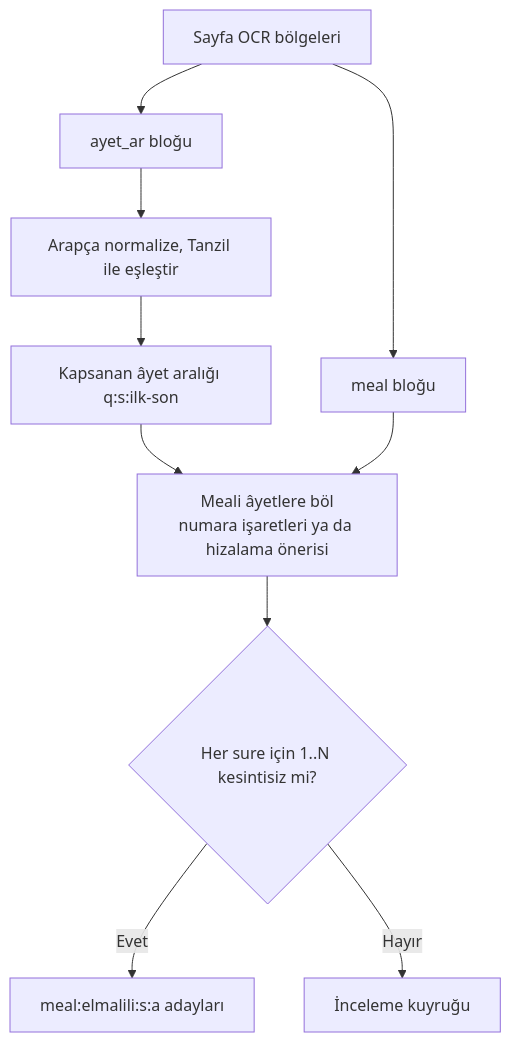
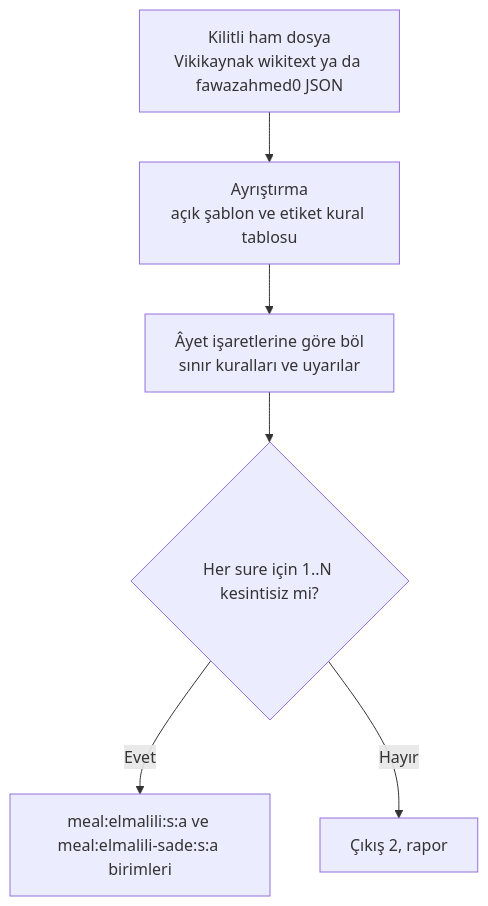
The diagram in docs/04-icerik/03-elmalili-hazirligi.md (karasaid379-hue/mutalaa), drawn with Mermaid before and after one commit. The commit also changed other lines of this file and 29 other files, not shown here.

First line of the commit message:
docs(docs): align the plan, content and architecture docs with K-49

````diff
--- a/docs/04-icerik/03-elmalili-hazirligi.md
+++ b/docs/04-icerik/03-elmalili-hazirligi.md
@@ -132,12 +134,8 @@
 ```mermaid
 flowchart TD
-  A[Sayfa OCR bölgeleri] --> B[ayet_ar bloğu]
-  B --> C[Arapça normalize, Tanzil ile eşleştir]
-  C --> D[Kapsanan âyet aralığı q:s:ilk-son]
-  A --> E[meal bloğu]
-  D --> F[Meali âyetlere böl<br/>numara işaretleri ya da hizalama önerisi]
-  E --> F
-  F --> G{Her sure için 1..N kesintisiz mi?}
-  G -- Evet --> H[meal:elmalili:s:a adayları]
-  G -- Hayır --> I[İnceleme kuyruğu]
+  A[Kilitli ham dosya<br/>Vikikaynak wikitext ya da fawazahmed0 JSON] --> B[Ayrıştırma<br/>açık şablon ve etiket kural tablosu]
+  B --> C[Âyet işaretlerine göre böl<br/>sınır kuralları ve uyarılar]
+  C --> D{Her sure için 1..N kesintisiz mi?}
+  D -- Evet --> E[meal:elmalili:s:a ve meal:elmalili-sade:s:a birimleri]
+  D -- Hayır --> F[Çıkış 2, rapor]
 ```
````
